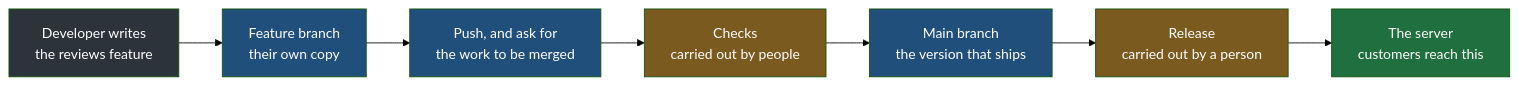
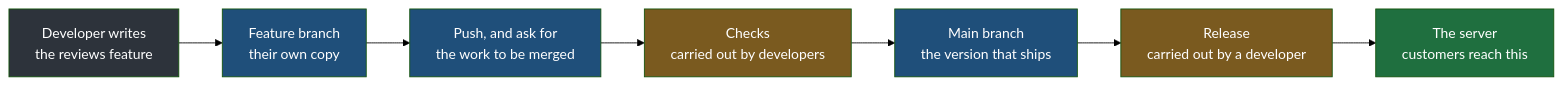
Before and after one commit to Dummy-Bug/system-design-handbook: the first of 4 diagrams in Devops/05-CI-CD/01-The-Manual-Way.md, drawn with Mermaid (forest theme). The commit also changed other lines of this file and 22 other files, not shown here.

````diff
--- a/Devops/05-CI-CD/01-The-Manual-Way.md
+++ b/Devops/05-CI-CD/01-The-Manual-Way.md
@@ -28,16 +28,16 @@
 ```mermaid
 flowchart LR
     DEV["Developer writes<br/>the reviews feature"] --> FB["Feature branch<br/>their own copy"]
     FB --> PUSH["Push, and ask for<br/>the work to be merged"]
-    PUSH --> CHK["Checks<br/>carried out by people"]
+    PUSH --> CHK["Checks<br/>carried out by developers"]
     CHK --> MAIN["Main branch<br/>the version that ships"]
-    MAIN --> REL["Release<br/>carried out by a person"]
+    MAIN --> REL["Release<br/>carried out by a developer"]
     REL --> SRV["The server<br/>customers reach this"]
     style DEV fill:#2d333b,color:#fff
     style FB fill:#1f4f7a,color:#fff
     style PUSH fill:#1f4f7a,color:#fff
     style CHK fill:#7a5a1f,color:#fff
     style MAIN fill:#1f4f7a,color:#fff
     style REL fill:#7a5a1f,color:#fff
     style SRV fill:#1f6f3f,color:#fff
 ```
````
